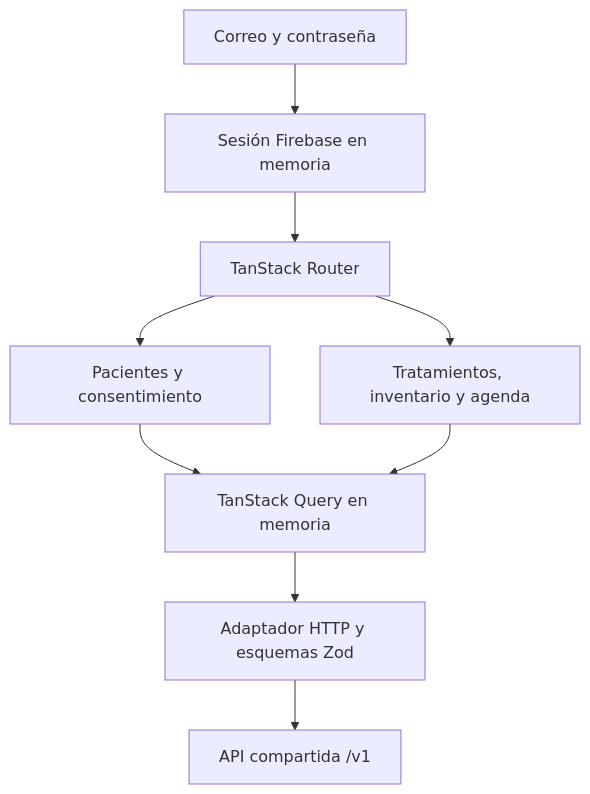
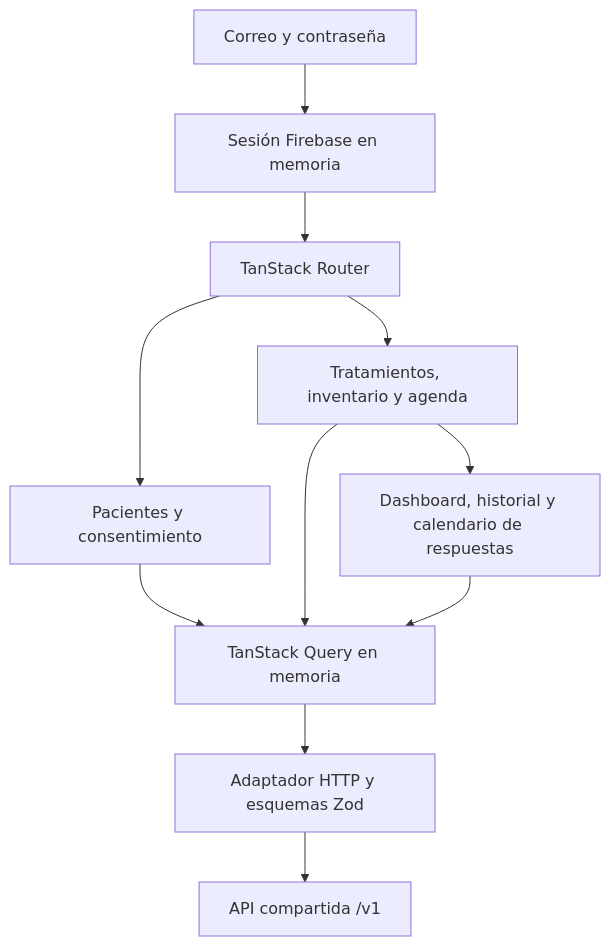
Before and after one commit to Nandem1/nndsk-medication-tracker: the diagram in apps/web/docs/00-home.md, drawn with Mermaid. The commit also changed other lines of this file and 35 other files, not shown here.

````diff
--- a/apps/web/docs/00-home.md
+++ b/apps/web/docs/00-home.md
@@ -5,11 +5,13 @@
 ```mermaid
 flowchart TB
     Login[Correo y contraseña] --> Session[Sesión Firebase en memoria]
     Session --> Router[TanStack Router]
     Router --> Patients[Pacientes y consentimiento]
     Router --> Patient[Tratamientos, inventario y agenda]
+    Patient --> Dashboard[Dashboard, historial y calendario de respuestas]
     Patients --> Query[TanStack Query en memoria]
     Patient --> Query
+    Dashboard --> Query
     Query --> Adapter[Adaptador HTTP y esquemas Zod]
     Adapter --> API[API compartida /v1]
 ```
````
